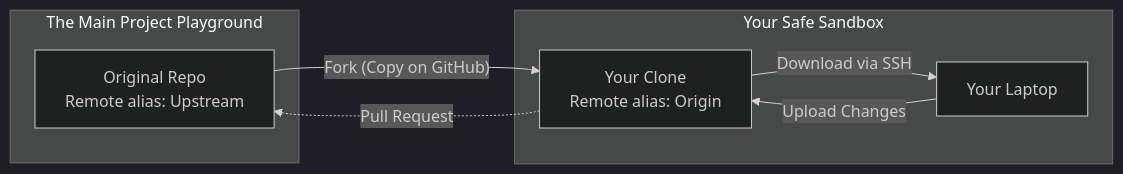
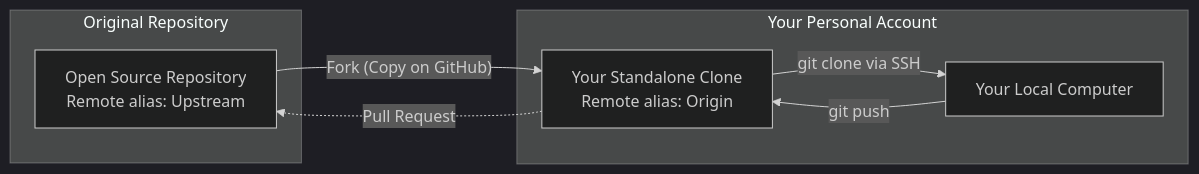
The diagram in docs/08-fork-origin-upstream.md (orgbitbybitdevs/github-starter), drawn with Mermaid (dark theme) before and after one commit. The commit also changed other lines of this file and 6 other files, not shown here.

Commit message:
refactor: improve documentation clarity and add automated grading infrastructure for GitHub starter templates

````diff
--- a/docs/08-fork-origin-upstream.md
+++ b/docs/08-fork-origin-upstream.md
@@ -20,12 +20,12 @@
 ```mermaid
 graph LR
-    subgraph The Main Project Playground
-        A["Original Repo<br/>Remote alias: Upstream"]
+    subgraph Original Repository
+        A["Open Source Repository<br/>Remote alias: Upstream"]
     end
-    subgraph Your Safe Sandbox
-        A -- "Fork (Copy on GitHub)" --> B["Your Clone<br/>Remote alias: Origin"]
-        B -- "Download via SSH" --> C["Your Laptop"]
-        C -- "Upload Changes" --> B
+    subgraph Your Personal Account
+        A -- "Fork (Copy on GitHub)" --> B["Your Standalone Clone<br/>Remote alias: Origin"]
+        B -- "git clone via SSH" --> C["Your Local Computer"]
+        C -- "git push" --> B
         B -.->|"Pull Request"| A
     end
 ```
````
